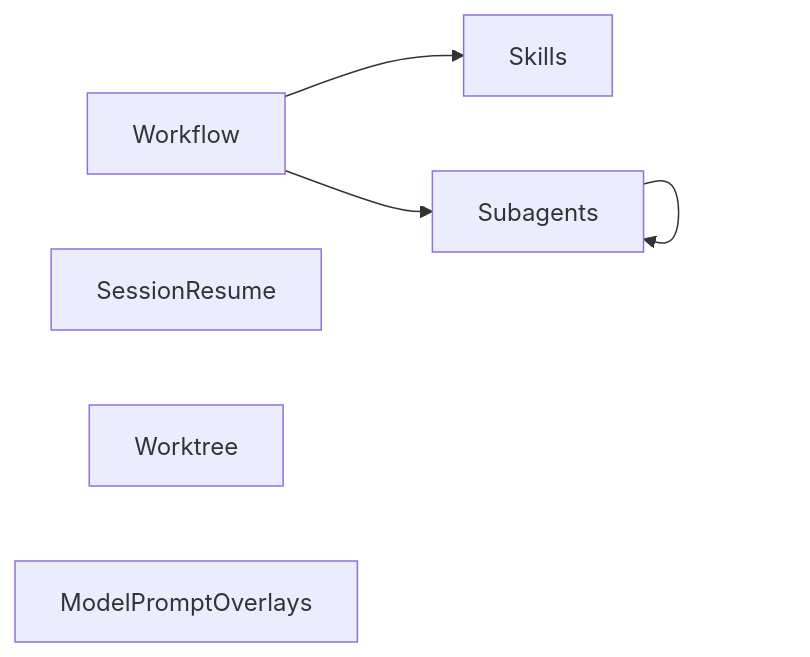
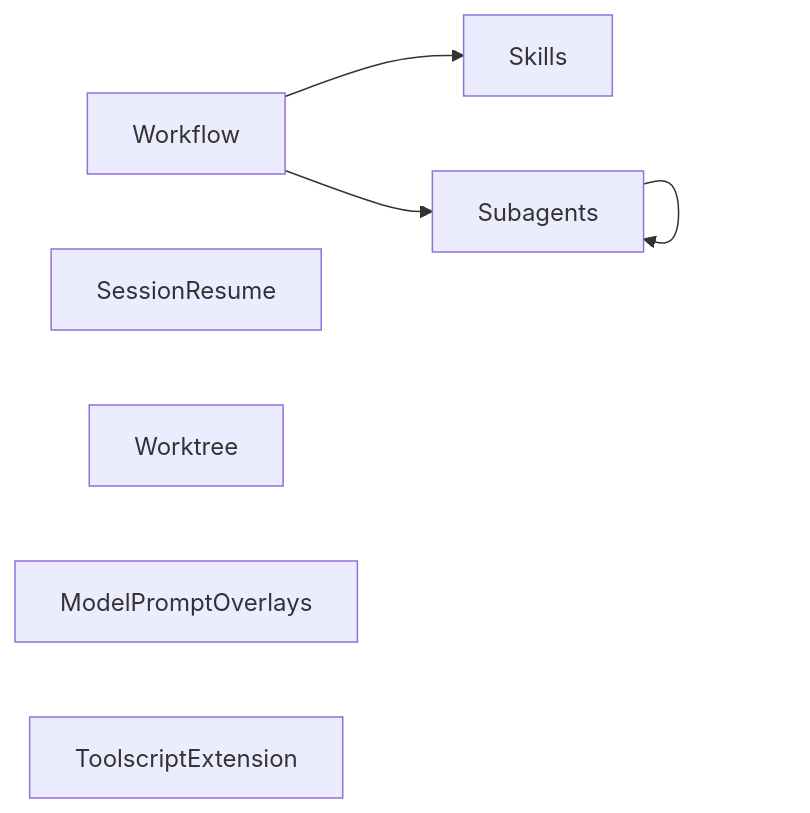
Before and after one commit to alennartz/my-pi: the first of 2 diagrams in codemap.md, drawn with Mermaid. The commit also changed other lines of this file and 4 other files, not shown here.

Commit message:
cleanup: toolscript-extension - codemap update, docs refresh, artifact removal

````diff
--- a/codemap.md
+++ b/codemap.md
@@ -7,9 +7,10 @@
 ```mermaid
 graph LR
   Workflow --> Skills
   Workflow --> Subagents
   Subagents --> Subagents
   SessionResume
   Worktree
   ModelPromptOverlays
+  ToolscriptExtension
 ```
````
